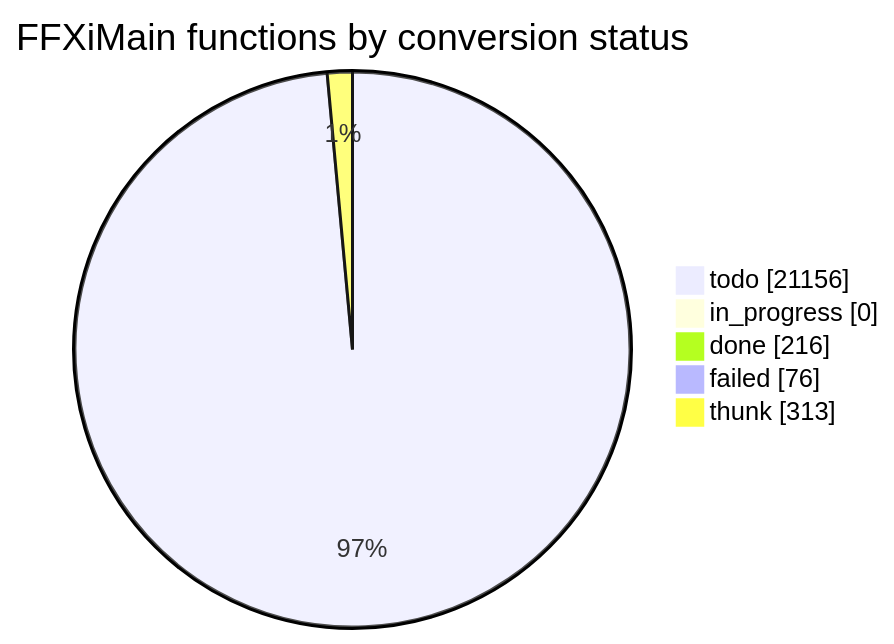
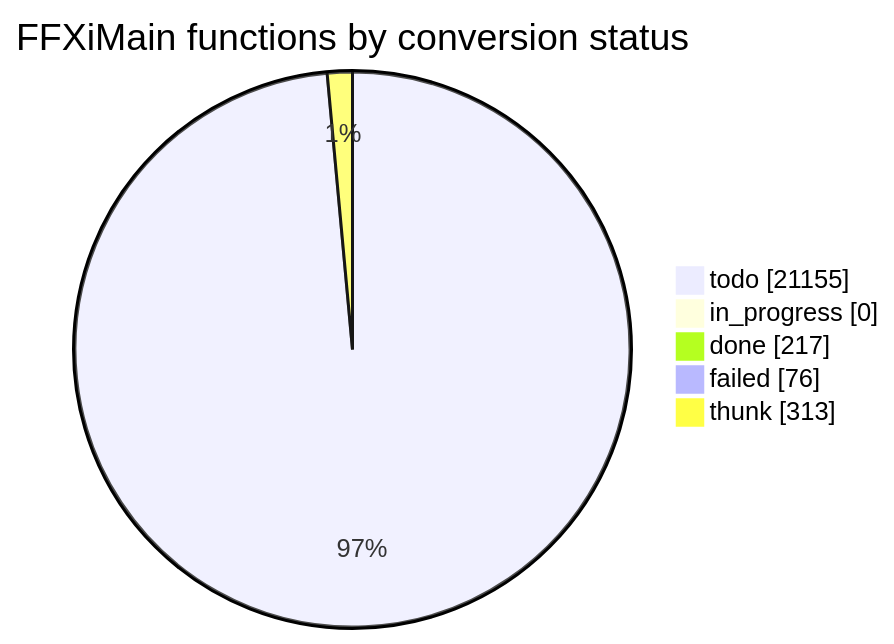
The diagram in docs/cow/STATUS.md (cowrevenge/cow_kuluu_xi_anything), drawn with Mermaid before and after one commit. The commit also changed other lines of this file and 9 other files, not shown here.

````diff
--- a/docs/cow/STATUS.md
+++ b/docs/cow/STATUS.md
@@ -18,9 +18,9 @@
 ```mermaid
 pie showData
     title FFXiMain functions by conversion status
-    "todo" : 21156
+    "todo" : 21155
     "in_progress" : 0
-    "done" : 216
+    "done" : 217
     "failed" : 76
     "thunk" : 313
 ```
````
